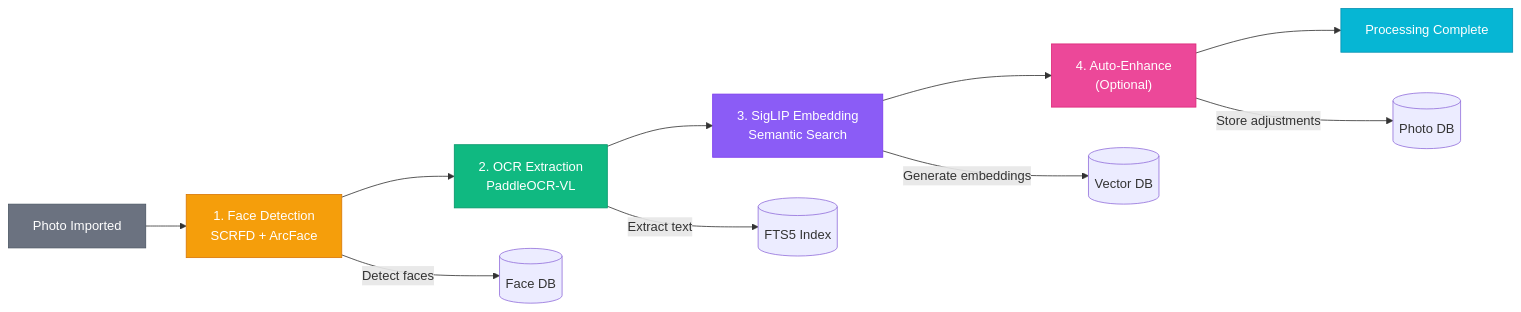
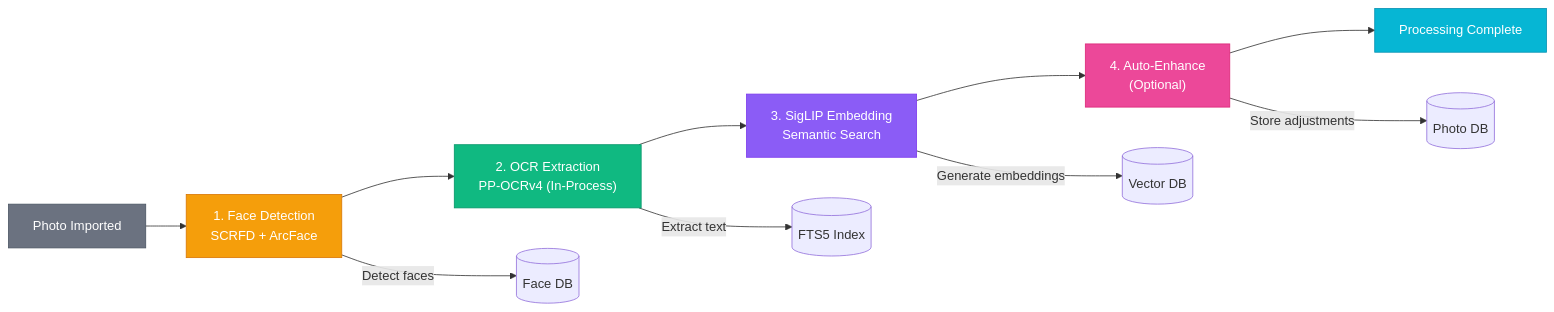
Before and after one commit to VardhmanSurana/Prism: the second of 2 diagrams in docs/AI_FEATURES.md, drawn with Mermaid. The commit also changed other lines of this file and 17 other files, not shown here.

````diff
--- a/docs/AI_FEATURES.md
+++ b/docs/AI_FEATURES.md
@@ -138,20 +139,20 @@
 ```mermaid
 flowchart LR
     Import["Photo Imported"] --> Face["1. Face Detection<br/>SCRFD + ArcFace"]
-    Face --> OCR["2. OCR Extraction<br/>PaddleOCR-VL"]
+    Face --> OCR["2. OCR Extraction<br/>PP-OCRv4 (In-Process)"]
     OCR --> SigLIP["3. SigLIP Embedding<br/>Semantic Search"]
     SigLIP --> AutoEnhance["4. Auto-Enhance<br/>(Optional)"]
     AutoEnhance --> Complete["Processing Complete"]
 
     Face --> |"Detect faces"| FaceDB[("Face DB")]
     OCR --> |"Extract text"| FTS[("FTS5 Index")]
     SigLIP --> |"Generate embeddings"| VectorDB[("Vector DB")]
     AutoEnhance --> |"Store adjustments"| PhotoDB[("Photo DB")]
 
     style Import fill:#6b7280,stroke:#4b5563,color:#fff
     style Face fill:#f59e0b,stroke:#d97706,color:#fff
     style OCR fill:#10b981,stroke:#059669,color:#fff
     style SigLIP fill:#8b5cf6,stroke:#7c3aed,color:#fff
     style AutoEnhance fill:#ec4899,stroke:#db2777,color:#fff
     style Complete fill:#06b6d4,stroke:#0891b2,color:#fff
 ```
````
